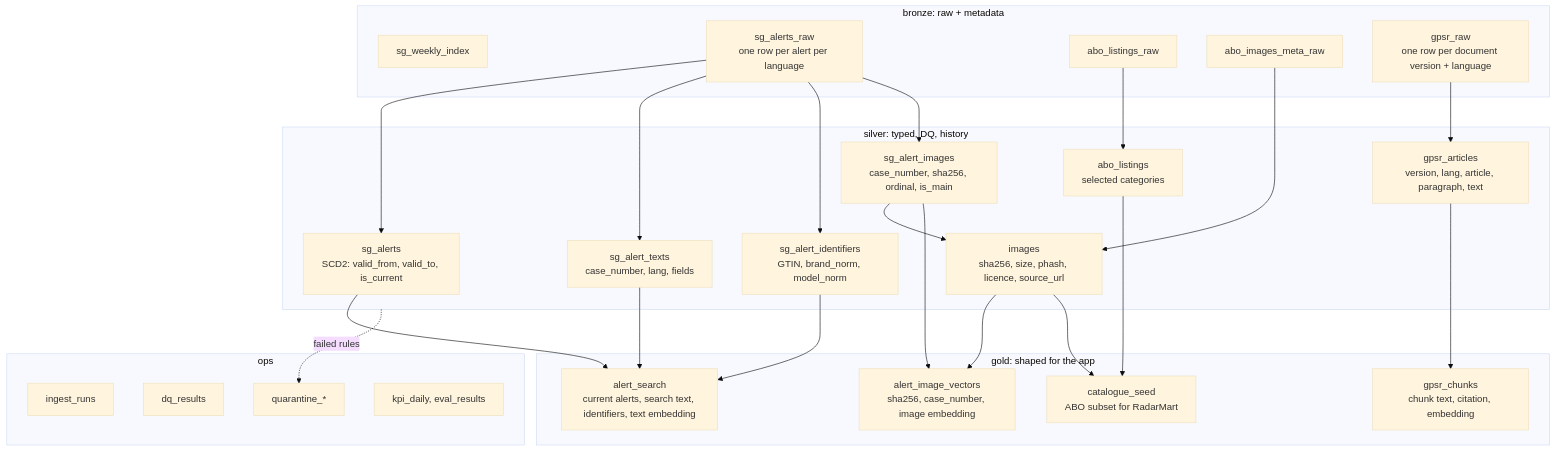
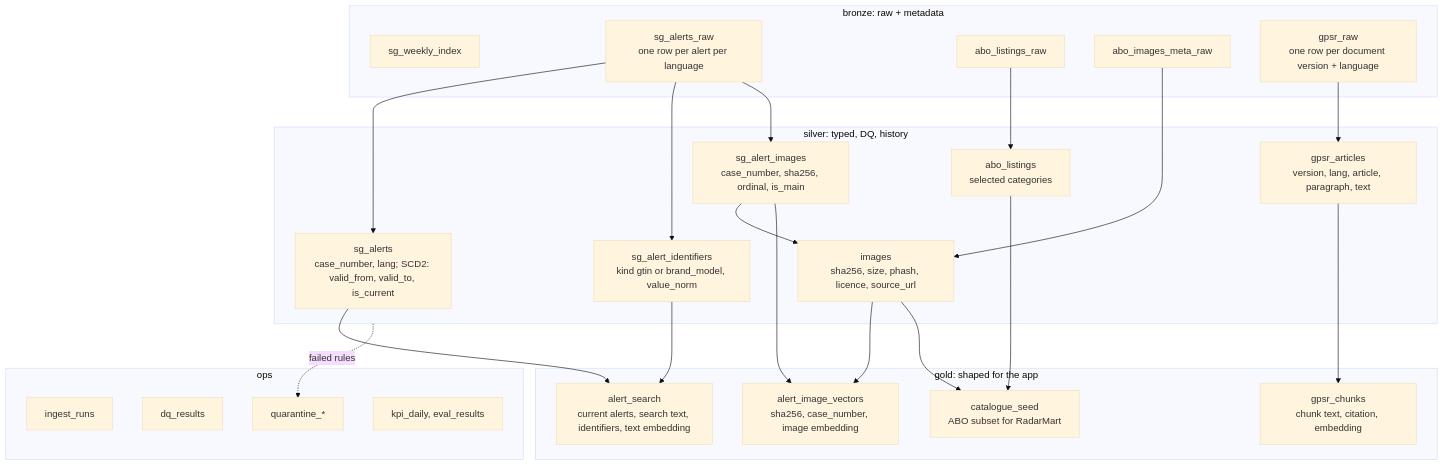
The second of 5 diagrams in docs/architecture/data-storage-design.md (abhinandansamal/recall-radar), drawn with Mermaid (base theme) before and after one commit. The commit also changed other lines of this file and 20 other files, not shown here.

First line of the commit message:
feat(F04): silver Safety Gate alerts with SCD2, quarantine and DQ (US-010) (#41)

````diff
--- a/docs/architecture/data-storage-design.md
+++ b/docs/architecture/data-storage-design.md
@@ -205,41 +205,40 @@
 ```mermaid
 flowchart TB
   subgraph B[bronze: raw + metadata]
     b1[sg_weekly_index]
     b2[sg_alerts_raw<br/>one row per alert per language]
     b3[abo_listings_raw]
     b4[abo_images_meta_raw]
     b5[gpsr_raw<br/>one row per document version + language]
   end
   subgraph S[silver: typed, DQ, history]
-    s1[sg_alerts<br/>SCD2: valid_from, valid_to, is_current]
-    s2[sg_alert_texts<br/>case_number, lang, fields]
-    s3[sg_alert_identifiers<br/>GTIN, brand_norm, model_norm]
+    s1[sg_alerts<br/>case_number, lang; SCD2: valid_from, valid_to, is_current]
+    s3[sg_alert_identifiers<br/>kind gtin or brand_model, value_norm]
     s4[images<br/>sha256, size, phash, licence, source_url]
     s5[sg_alert_images<br/>case_number, sha256, ordinal, is_main]
     s6[abo_listings<br/>selected categories]
     s7[gpsr_articles<br/>version, lang, article, paragraph, text]
   end
   subgraph G[gold: shaped for the app]
     g1[alert_search<br/>current alerts, search text, identifiers, text embedding]
     g2[alert_image_vectors<br/>sha256, case_number, image embedding]
     g3[gpsr_chunks<br/>chunk text, citation, embedding]
     g4[catalogue_seed<br/>ABO subset for RadarMart]
   end
   subgraph O[ops]
     o1[ingest_runs]
     o2[dq_results]
     o3[quarantine_*]
     o4[kpi_daily, eval_results]
   end
-  b2 --> s1 & s2 & s3 & s5
+  b2 --> s1 & s3 & s5
   b3 --> s6
   b4 --> s4
   b5 --> s7
   s5 --> s4
-  s1 & s2 & s3 --> g1
+  s1 & s3 --> g1
   s4 & s5 --> g2
   s7 --> g3
   s6 & s4 --> g4
   S -. failed rules .-> o3
 ```
````
